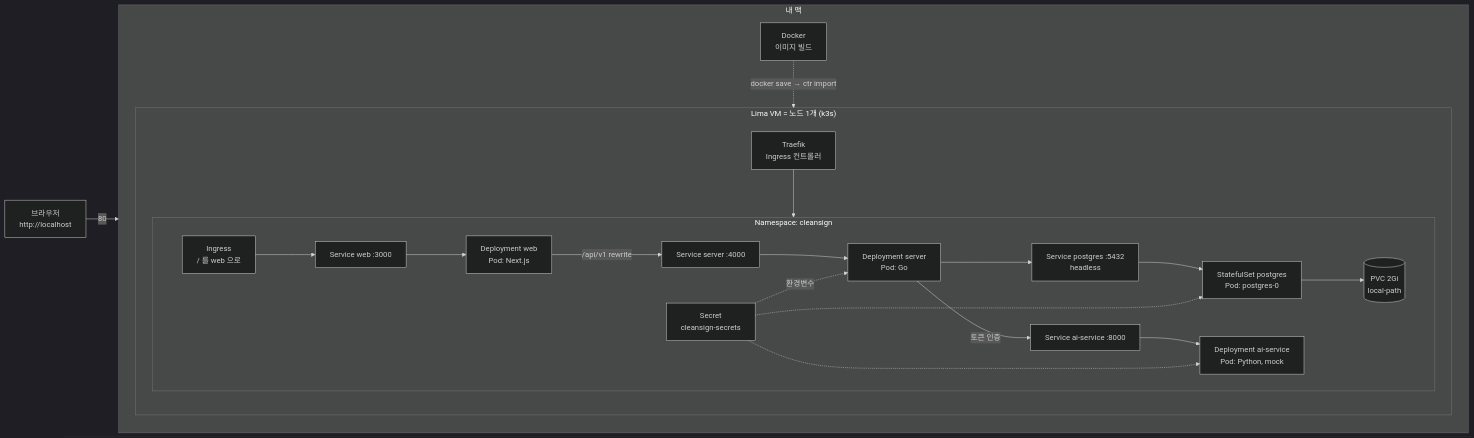
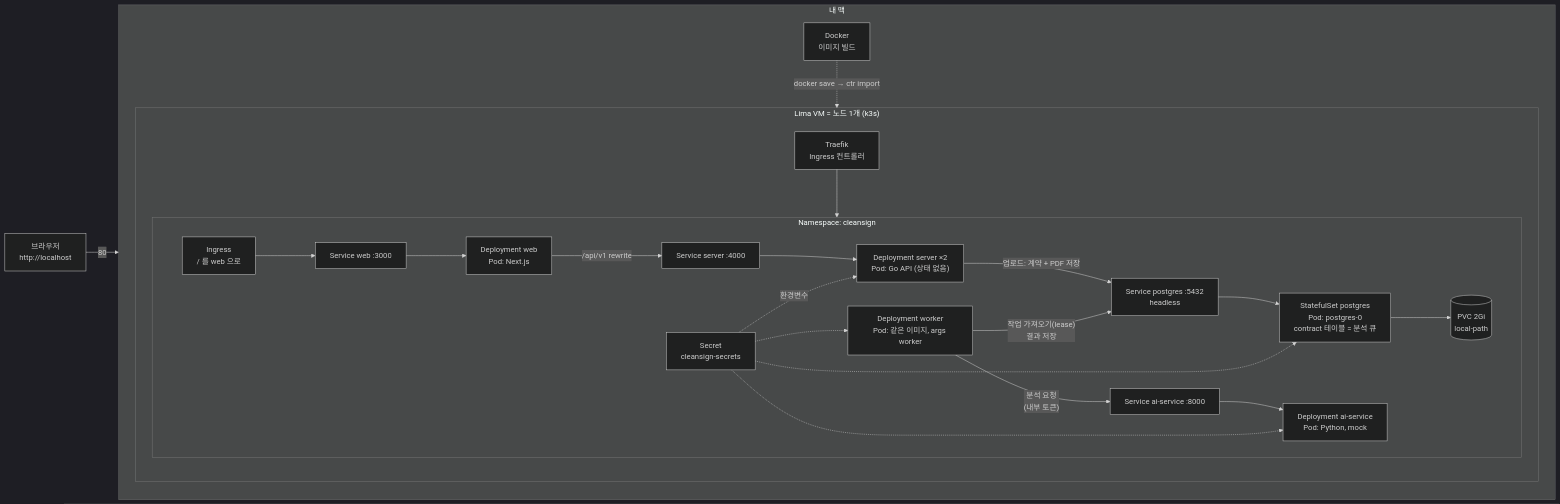
Before and after one commit to CleanSign/cleansign: the first of 4 diagrams in deploy/ARCHITECTURE.md, drawn with Mermaid (dark theme). The commit also changed other lines of this file and 1 other file, not shown here.

First line of the commit message:
docs(deploy): describe the analysis queue and the worker

````diff
--- a/deploy/ARCHITECTURE.md
+++ b/deploy/ARCHITECTURE.md
@@ -9,34 +9,38 @@
 ```mermaid
 flowchart LR
     B["브라우저<br/>http://localhost"]
     subgraph MAC["내 맥"]
         direction TB
         D["Docker<br/>이미지 빌드"]
         subgraph VM["Lima VM = 노드 1개 (k3s)"]
             direction TB
             T["Traefik<br/>Ingress 컨트롤러"]
             subgraph NS["Namespace: cleansign"]
                 direction LR
                 ING["Ingress<br/>/ 를 web 으로"]
                 SW["Service web :3000"]
                 SS["Service server :4000"]
                 SA["Service ai-service :8000"]
                 SP["Service postgres :5432<br/>headless"]
                 W["Deployment web<br/>Pod: Next.js"]
-                S["Deployment server<br/>Pod: Go"]
+                S["Deployment server ×2<br/>Pod: Go API (상태 없음)"]
+                WK["Deployment worker<br/>Pod: 같은 이미지, args worker"]
                 A["Deployment ai-service<br/>Pod: Python, mock"]
-                P["StatefulSet postgres<br/>Pod: postgres-0"]
+                P["StatefulSet postgres<br/>Pod: postgres-0<br/>contract 테이블 = 분석 큐"]
                 PVC[("PVC 2Gi<br/>local-path")]
                 SEC["Secret<br/>cleansign-secrets"]
             end
         end
     end
     B -->|"80"| T --> ING --> SW --> W
     W -->|"/api/v1 rewrite"| SS --> S
-    S --> SP --> P --> PVC
-    S -->|"토큰 인증"| SA --> A
+    S -->|"업로드: 계약 + PDF 저장"| SP
+    WK -->|"작업 가져오기(lease)<br/>결과 저장"| SP
+    SP --> P --> PVC
+    WK -->|"분석 요청<br/>(내부 토큰)"| SA --> A
     SEC -.->|"환경변수"| S
+    SEC -.-> WK
     SEC -.-> P
     SEC -.-> A
     D -.->|"docker save → ctr import"| VM
 ```
````
